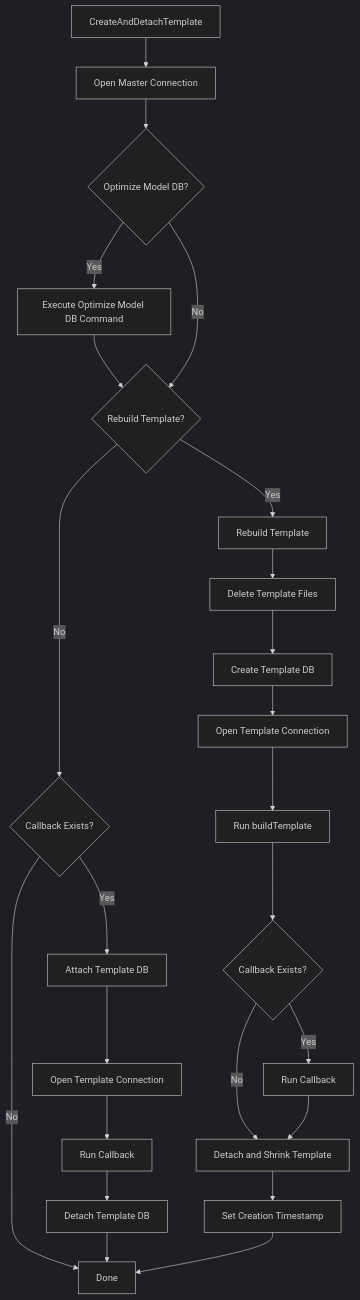
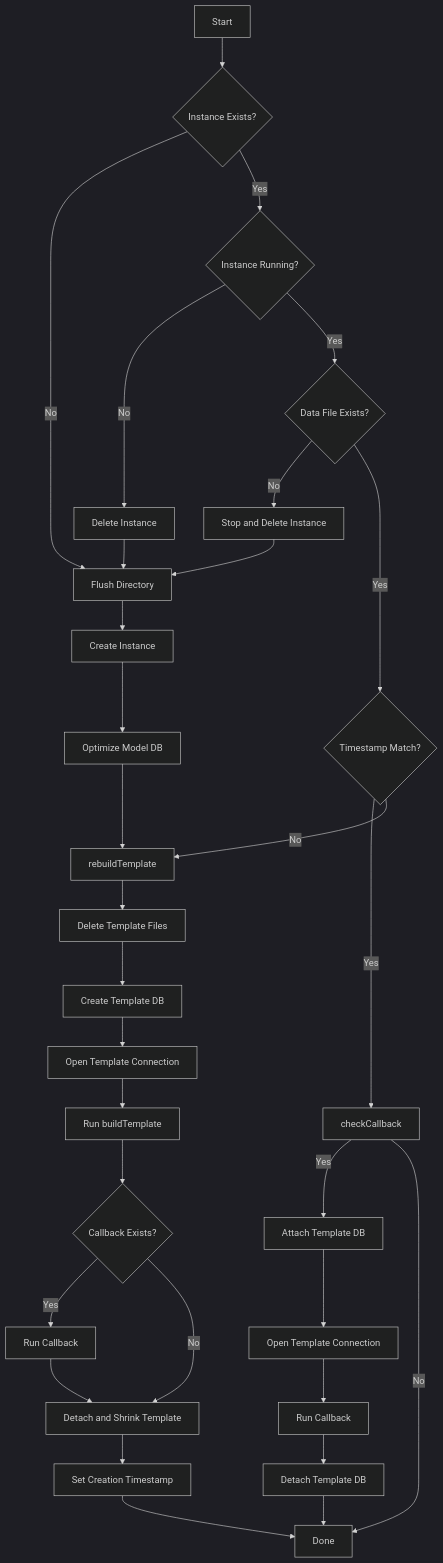
The second of 5 diagrams in docs/mdsource/workflow.md (SimonCropp/LocalDb), drawn with Mermaid (dark theme) before and after one commit.

````diff
--- a/docs/mdsource/workflow.md
+++ b/docs/mdsource/workflow.md
@@ -72,31 +45,42 @@
 ```mermaid
 flowchart TD
-    entry[CreateAndDetachTemplate] --> openMaster[Open Master Connection]
-    openMaster --> checkOptimize{Optimize Model DB?}
+    start[Start] --> checkExists{Instance Exists?}
 
-    checkOptimize -->|Yes| executeOptimize[Execute Optimize Model DB Command]
-    executeOptimize --> checkRebuild{Rebuild Template?}
-    checkOptimize -->|No| checkRebuild
+    checkExists -->|No| flushDir[Flush Directory]
+    checkExists -->|Yes| checkRunning{Instance Running?}
 
-    checkRebuild -->|Yes| rebuildTemplate[Rebuild Template]
-    checkRebuild -->|No| checkCallback{Callback Exists?}
+    checkRunning -->|No| deleteInstance[Delete Instance]
+    deleteInstance --> flushDir
 
+    checkRunning -->|Yes| checkDataFile{Data File Exists?}
+
+    checkDataFile -->|No| stopAndDelete[Stop and Delete Instance]
+    stopAndDelete --> flushDir
+
+    checkDataFile -->|Yes| checkTimestamp{Timestamp Match?}
+
+    checkTimestamp -->|Yes| checkCallback
+
+    checkTimestamp -->|No| rebuildTemplate
+    flushDir --> createInstance[Create Instance]
+    createInstance --> optimizeModel[Optimize Model DB]
+    optimizeModel --> rebuildTemplate
     rebuildTemplate --> deleteFiles[Delete Template Files]
     deleteFiles --> createTemplateDb[Create Template DB]
     createTemplateDb --> openTemplateConn[Open Template Connection]
     openTemplateConn --> runBuildTemplate[Run buildTemplate]
     runBuildTemplate --> checkCallbackAfterBuild{Callback Exists?}
     checkCallbackAfterBuild -->|Yes| runCallbackAfterBuild[Run Callback]
     checkCallbackAfterBuild -->|No| detachShrink[Detach and Shrink Template]
     runCallbackAfterBuild --> detachShrink
     detachShrink --> setTimestamp[Set Creation Timestamp]
 
     checkCallback -->|Yes| attachTemplate[Attach Template DB]
     attachTemplate --> openForCallback[Open Template Connection]
     openForCallback --> runCallback[Run Callback]
     runCallback --> detachTemplate[Detach Template DB]
 
     checkCallback -->|No| done[Done]
     detachTemplate --> done
     setTimestamp --> done
 ```
````
